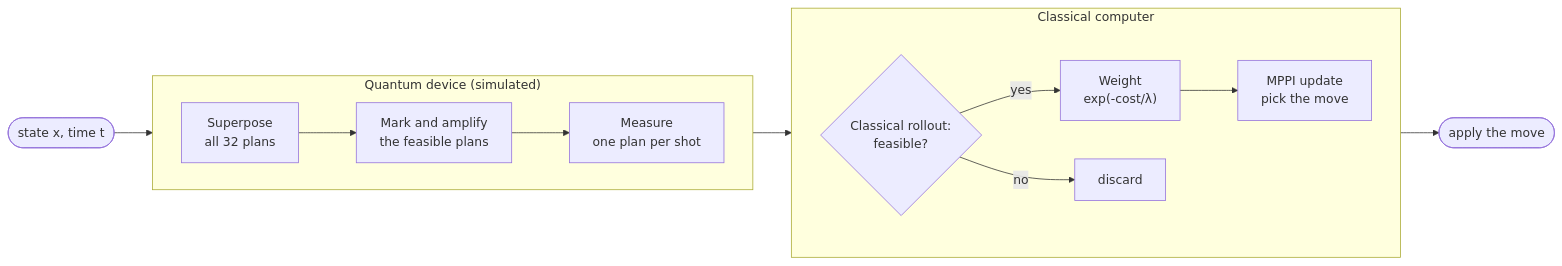
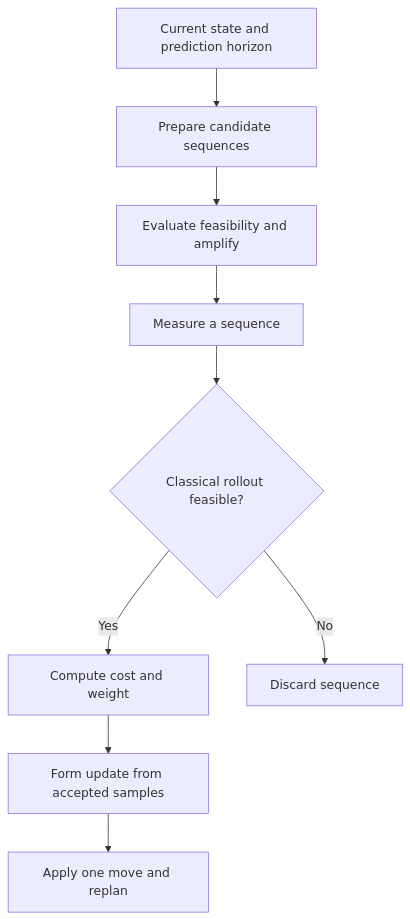
The diagram in README.md (das-goutam/quantum_mppi_demo), drawn with Mermaid before and after one commit. The commit also changed other lines of this file, not shown here.

````diff
--- a/README.md
+++ b/README.md
@@ -65,15 +21,11 @@
 ```mermaid
-flowchart LR
-    S(["state x, time t"]) --> C
-    subgraph Q["Quantum device (simulated)"]
-        direction LR
-        C["Superpose<br/>all 32 plans"] --> A["Mark and amplify<br/>the feasible plans"] --> M["Measure<br/>one plan per shot"]
-    end
-    subgraph K["Classical computer"]
-        direction LR
-        V{"Classical rollout:<br/>feasible?"} -- yes --> W["Weight<br/>exp(-cost/λ)"] --> U["MPPI update<br/>pick the move"]
-        V -- no --> X["discard"]
-    end
-    M --> V
-    U --> N(["apply the move"])
+flowchart TD
+    A["Current state and prediction horizon"] --> B["Prepare candidate sequences"]
+    B --> C["Evaluate feasibility and amplify"]
+    C --> D["Measure a sequence"]
+    D --> E{"Classical rollout feasible?"}
+    E -- Yes --> F["Compute cost and weight"]
+    E -- No --> G["Discard sequence"]
+    F --> H["Form update from accepted samples"]
+    H --> I["Apply one move and replan"]
 ```
````
